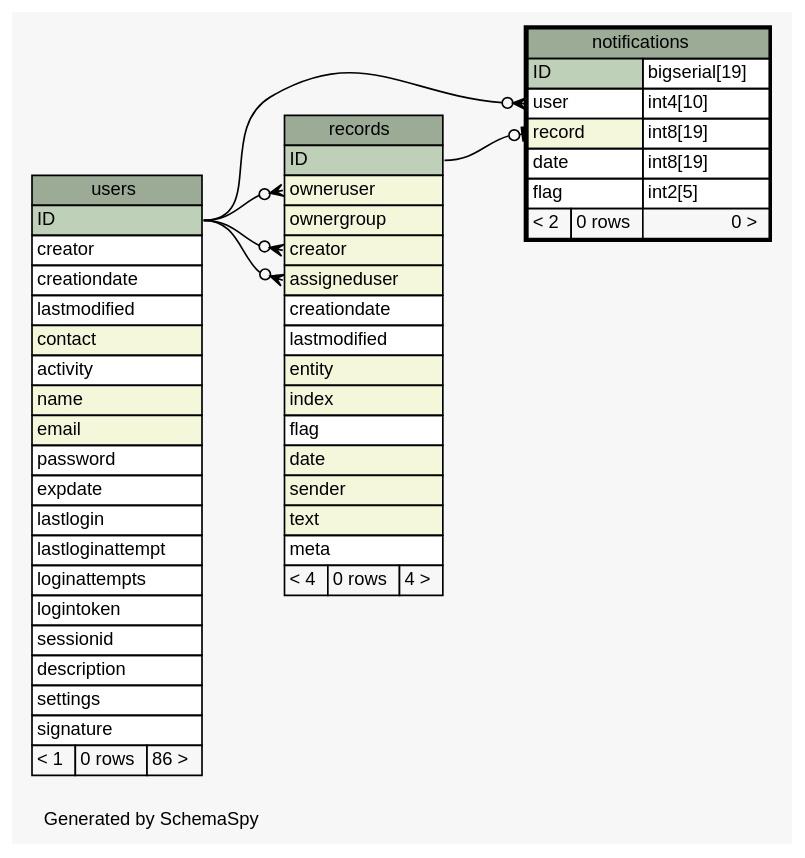
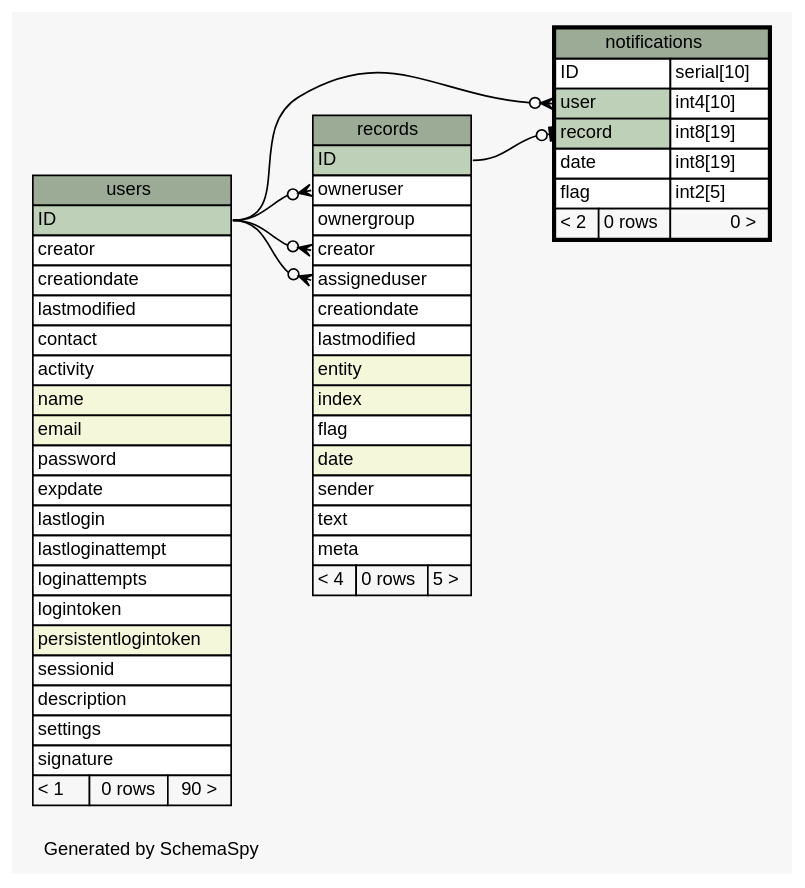
Before and after one commit to zeyosinc/zeyos-schema: the diagram in diagrams/notifications.1degree.dot, drawn with Graphviz. The commit also changed 322 other files, not shown here.

```diff
--- a/diagrams/notifications.1degree.dot
+++ b/diagrams/notifications.1degree.dot
@@ -1,91 +1,92 @@
-// dot 2.38.0 on Mac OS X 10.11.2
+// dot 2.38.0 on Mac OS X 10.11.3
 // SchemaSpy rev 590
 digraph "oneDegreeRelationshipsDiagram" {
   graph [
     rankdir="RL"
     bgcolor="#f7f7f7"
     label="\nGenerated by SchemaSpy"
     labeljust="l"
     nodesep="0.18"
     ranksep="0.46"
     fontname="Helvetica"
     fontsize="11"
   ];
   node [
     fontname="Helvetica"
     fontsize="11"
     shape="plaintext"
   ];
   edge [
     arrowsize="0.8"
   ];
   "notifications":"record":w -> "records":"ID":e [arrowhead=none dir=back arrowtail=teeodot];
   "notifications":"user":w -> "users":"ID":e [arrowhead=none dir=back arrowtail=crowodot];
   "records":"assigneduser":w -> "users":"ID":e [arrowhead=none dir=back arrowtail=crowodot];
   "records":"creator":w -> "users":"ID":e [arrowhead=none dir=back arrowtail=crowodot];
   "records":"owneruser":w -> "users":"ID":e [arrowhead=none dir=back arrowtail=crowodot];
   "notifications" [
     label=<
     <TABLE BORDER="2" CELLBORDER="1" CELLSPACING="0" BGCOLOR="#ffffff">
       <TR><TD COLSPAN="3" BGCOLOR="#9bab96" ALIGN="CENTER">notifications</TD></TR>
-      <TR><TD PORT="ID" COLSPAN="2" BGCOLOR="#bed1b8" ALIGN="LEFT">ID</TD><TD PORT="ID.type" ALIGN="LEFT">bigserial[19]</TD></TR>
-      <TR><TD PORT="user" COLSPAN="2" ALIGN="LEFT">user</TD><TD PORT="user.type" ALIGN="LEFT">int4[10]</TD></TR>
-      <TR><TD PORT="record" COLSPAN="2" BGCOLOR="#f4f7da" ALIGN="LEFT">record</TD><TD PORT="record.type" ALIGN="LEFT">int8[19]</TD></TR>
+      <TR><TD PORT="ID" COLSPAN="2" ALIGN="LEFT">ID</TD><TD PORT="ID.type" ALIGN="LEFT">serial[10]</TD></TR>
+      <TR><TD PORT="user" COLSPAN="2" BGCOLOR="#bed1b8" ALIGN="LEFT">user</TD><TD PORT="user.type" ALIGN="LEFT">int4[10]</TD></TR>
+      <TR><TD PORT="record" COLSPAN="2" BGCOLOR="#bed1b8" ALIGN="LEFT">record</TD><TD PORT="record.type" ALIGN="LEFT">int8[19]</TD></TR>
       <TR><TD PORT="date" COLSPAN="2" ALIGN="LEFT">date</TD><TD PORT="date.type" ALIGN="LEFT">int8[19]</TD></TR>
       <TR><TD PORT="flag" COLSPAN="2" ALIGN="LEFT">flag</TD><TD PORT="flag.type" ALIGN="LEFT">int2[5]</TD></TR>
       <TR><TD ALIGN="LEFT" BGCOLOR="#f7f7f7">&lt; 2</TD><TD ALIGN="RIGHT" BGCOLOR="#f7f7f7">0 rows</TD><TD ALIGN="RIGHT" BGCOLOR="#f7f7f7">0 &gt;</TD></TR>
     </TABLE>>
     URL="notifications.html"
     tooltip="notifications"
   ];
   "records" [
     label=<
     <TABLE BORDER="0" CELLBORDER="1" CELLSPACING="0" BGCOLOR="#ffffff">
       <TR><TD COLSPAN="3" BGCOLOR="#9bab96" ALIGN="CENTER">records</TD></TR>
       <TR><TD PORT="ID" COLSPAN="3" BGCOLOR="#bed1b8" ALIGN="LEFT">ID</TD></TR>
-      <TR><TD PORT="owneruser" COLSPAN="3" BGCOLOR="#f4f7da" ALIGN="LEFT">owneruser</TD></TR>
-      <TR><TD PORT="ownergroup" COLSPAN="3" BGCOLOR="#f4f7da" ALIGN="LEFT">ownergroup</TD></TR>
-      <TR><TD PORT="creator" COLSPAN="3" BGCOLOR="#f4f7da" ALIGN="LEFT">creator</TD></TR>
-      <TR><TD PORT="assigneduser" COLSPAN="3" BGCOLOR="#f4f7da" ALIGN="LEFT">assigneduser</TD></TR>
+      <TR><TD PORT="owneruser" COLSPAN="3" ALIGN="LEFT">owneruser</TD></TR>
+      <TR><TD PORT="ownergroup" COLSPAN="3" ALIGN="LEFT">ownergroup</TD></TR>
+      <TR><TD PORT="creator" COLSPAN="3" ALIGN="LEFT">creator</TD></TR>
+      <TR><TD PORT="assigneduser" COLSPAN="3" ALIGN="LEFT">assigneduser</TD></TR>
       <TR><TD PORT="creationdate" COLSPAN="3" ALIGN="LEFT">creationdate</TD></TR>
       <TR><TD PORT="lastmodified" COLSPAN="3" ALIGN="LEFT">lastmodified</TD></TR>
       <TR><TD PORT="entity" COLSPAN="3" BGCOLOR="#f4f7da" ALIGN="LEFT">entity</TD></TR>
       <TR><TD PORT="index" COLSPAN="3" BGCOLOR="#f4f7da" ALIGN="LEFT">index</TD></TR>
       <TR><TD PORT="flag" COLSPAN="3" ALIGN="LEFT">flag</TD></TR>
       <TR><TD PORT="date" COLSPAN="3" BGCOLOR="#f4f7da" ALIGN="LEFT">date</TD></TR>
-      <TR><TD PORT="sender" COLSPAN="3" BGCOLOR="#f4f7da" ALIGN="LEFT">sender</TD></TR>
-      <TR><TD PORT="text" COLSPAN="3" BGCOLOR="#f4f7da" ALIGN="LEFT">text</TD></TR>
+      <TR><TD PORT="sender" COLSPAN="3" ALIGN="LEFT">sender</TD></TR>
+      <TR><TD PORT="text" COLSPAN="3" ALIGN="LEFT">text</TD></TR>
       <TR><TD PORT="meta" COLSPAN="3" ALIGN="LEFT">meta</TD></TR>
-      <TR><TD ALIGN="LEFT" BGCOLOR="#f7f7f7">&lt; 4</TD><TD ALIGN="RIGHT" BGCOLOR="#f7f7f7">0 rows</TD><TD ALIGN="RIGHT" BGCOLOR="#f7f7f7">4 &gt;</TD></TR>
+      <TR><TD ALIGN="LEFT" BGCOLOR="#f7f7f7">&lt; 4</TD><TD ALIGN="RIGHT" BGCOLOR="#f7f7f7">0 rows</TD><TD ALIGN="RIGHT" BGCOLOR="#f7f7f7">5 &gt;</TD></TR>
     </TABLE>>
     URL="records.html"
     tooltip="records"
   ];
   "users" [
     label=<
     <TABLE BORDER="0" CELLBORDER="1" CELLSPACING="0" BGCOLOR="#ffffff">
       <TR><TD COLSPAN="3" BGCOLOR="#9bab96" ALIGN="CENTER">users</TD></TR>
       <TR><TD PORT="ID" COLSPAN="3" BGCOLOR="#bed1b8" ALIGN="LEFT">ID</TD></TR>
       <TR><TD PORT="creator" COLSPAN="3" ALIGN="LEFT">creator</TD></TR>
       <TR><TD PORT="creationdate" COLSPAN="3" ALIGN="LEFT">creationdate</TD></TR>
       <TR><TD PORT="lastmodified" COLSPAN="3" ALIGN="LEFT">lastmodified</TD></TR>
-      <TR><TD PORT="contact" COLSPAN="3" BGCOLOR="#f4f7da" ALIGN="LEFT">contact</TD></TR>
+      <TR><TD PORT="contact" COLSPAN="3" ALIGN="LEFT">contact</TD></TR>
       <TR><TD PORT="activity" COLSPAN="3" ALIGN="LEFT">activity</TD></TR>
       <TR><TD PORT="name" COLSPAN="3" BGCOLOR="#f4f7da" ALIGN="LEFT">name</TD></TR>
       <TR><TD PORT="email" COLSPAN="3" BGCOLOR="#f4f7da" ALIGN="LEFT">email</TD></TR>
       <TR><TD PORT="password" COLSPAN="3" ALIGN="LEFT">password</TD></TR>
       <TR><TD PORT="expdate" COLSPAN="3" ALIGN="LEFT">expdate</TD></TR>
       <TR><TD PORT="lastlogin" COLSPAN="3" ALIGN="LEFT">lastlogin</TD></TR>
       <TR><TD PORT="lastloginattempt" COLSPAN="3" ALIGN="LEFT">lastloginattempt</TD></TR>
       <TR><TD PORT="loginattempts" COLSPAN="3" ALIGN="LEFT">loginattempts</TD></TR>
       <TR><TD PORT="logintoken" COLSPAN="3" ALIGN="LEFT">logintoken</TD></TR>
+      <TR><TD PORT="persistentlogintoken" COLSPAN="3" BGCOLOR="#f4f7da" ALIGN="LEFT">persistentlogintoken</TD></TR>
       <TR><TD PORT="sessionid" COLSPAN="3" ALIGN="LEFT">sessionid</TD></TR>
       <TR><TD PORT="description" COLSPAN="3" ALIGN="LEFT">description</TD></TR>
       <TR><TD PORT="settings" COLSPAN="3" ALIGN="LEFT">settings</TD></TR>
       <TR><TD PORT="signature" COLSPAN="3" ALIGN="LEFT">signature</TD></TR>
-      <TR><TD ALIGN="LEFT" BGCOLOR="#f7f7f7">&lt; 1</TD><TD ALIGN="RIGHT" BGCOLOR="#f7f7f7">0 rows</TD><TD ALIGN="RIGHT" BGCOLOR="#f7f7f7">86 &gt;</TD></TR>
+      <TR><TD ALIGN="LEFT" BGCOLOR="#f7f7f7">&lt; 1</TD><TD ALIGN="RIGHT" BGCOLOR="#f7f7f7">0 rows</TD><TD ALIGN="RIGHT" BGCOLOR="#f7f7f7">90 &gt;</TD></TR>
     </TABLE>>
     URL="users.html"
     tooltip="users"
   ];
 }
```
